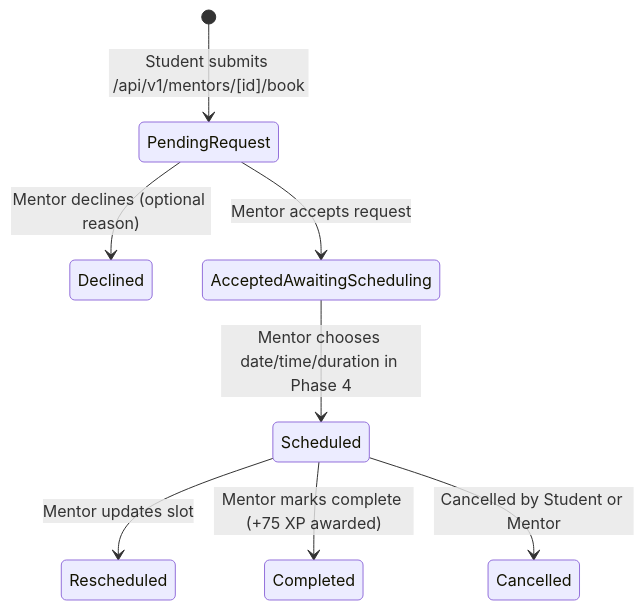
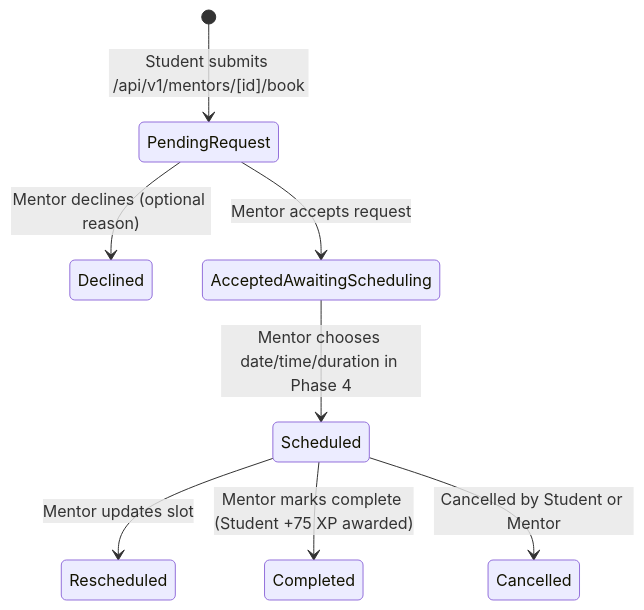
The diagram in docs/phase2.md (YST-3005/ANX-CLUB), drawn with Mermaid before and after one commit. The commit also changed 21 other files, not shown here.

````diff
--- a/docs/phase2.md
+++ b/docs/phase2.md
@@ -35,10 +35,10 @@
 ```mermaid
 stateDiagram-v2
     [*] --> PendingRequest: Student submits /api/v1/mentors/[id]/book
     PendingRequest --> Declined: Mentor declines (optional reason)
     PendingRequest --> AcceptedAwaitingScheduling: Mentor accepts request
     AcceptedAwaitingScheduling --> Scheduled: Mentor chooses date/time/duration in Phase 4
     Scheduled --> Rescheduled: Mentor updates slot
-    Scheduled --> Completed: Mentor marks complete (+75 XP awarded)
+    Scheduled --> Completed: Mentor marks complete (Student +75 XP awarded)
     Scheduled --> Cancelled: Cancelled by Student or Mentor
 ```
````
